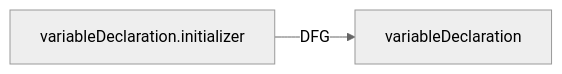
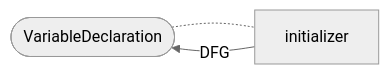
Before and after one commit to Fraunhofer-AISEC/cpg: diagram 15 of 28 in cpg-core/specifications/dfg.md, drawn with Mermaid (neutral theme). The commit also changed other lines of this file, not shown here.

````diff
--- a/cpg-core/specifications/dfg.md
+++ b/cpg-core/specifications/dfg.md
@@ -198,4 +209,5 @@
   ```mermaid
   flowchart LR
-    variableDeclaration.initializer -- DFG --> variableDeclaration;
+    node([VariableDeclaration]) -.- initializer;
+    initializer -- DFG --> node;
   ```
````
